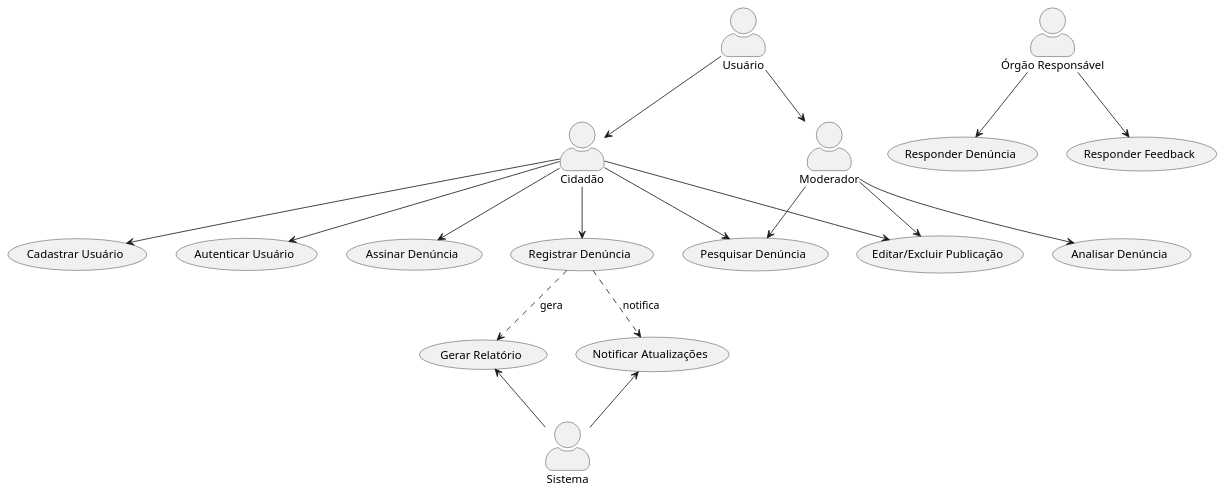
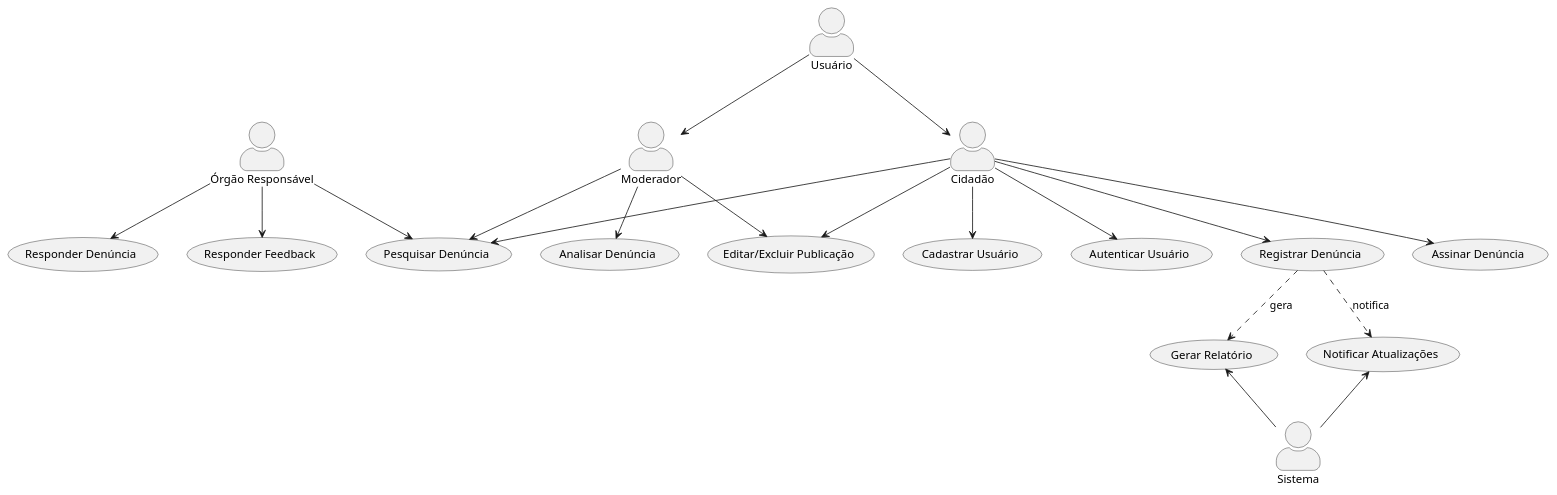
One commit to rafa-alves6/Reclama.se-AOO changed the diagram in Diagramas/uml_UseCase_Diagram.puml. Above: the diagram before and after it, drawn with PlantUML.

```diff
--- a/Diagramas/uml_UseCase_Diagram.puml
+++ b/Diagramas/uml_UseCase_Diagram.puml
@@ -1,35 +1,36 @@
 @startuml
 
 skinparam actorStyle awesome
 
 actor "Usuário" as U
 actor "Órgão Responsável" as O
 actor "Sistema" as S
 actor "Moderador" as M
 actor "Cidadão" as C
 
 U --> C
 U --> M
 
 C --> (Cadastrar Usuário)
 C --> (Autenticar Usuário)
 C --> (Registrar Denúncia)
 C --> (Assinar Denúncia)
 C --> (Pesquisar Denúncia)
 C --> (Editar/Excluir Publicação)
 
 M --> (Pesquisar Denúncia)
 M --> (Editar/Excluir Publicação)
 M --> (Analisar Denúncia)
 
 S -up-> (Notificar Atualizações)
 S -up-> (Gerar Relatório)
 
 
 O --> (Responder Denúncia)
 O --> (Responder Feedback)
+O --> (Pesquisar Denúncia)
 
 (Registrar Denúncia) .down.> (Gerar Relatório) : gera
 (Registrar Denúncia) .down.> (Notificar Atualizações) : notifica
 
 @enduml
```
